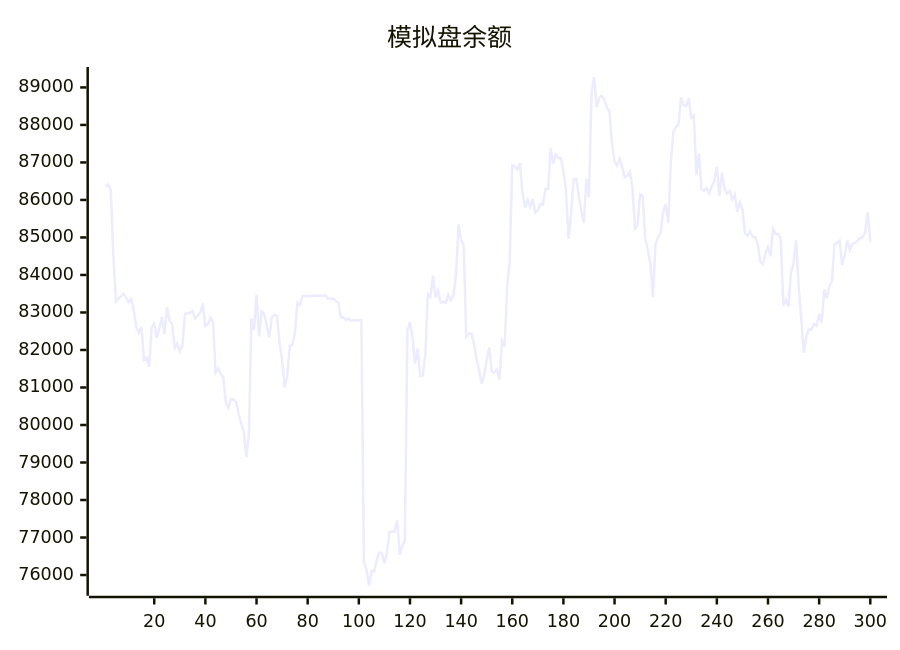
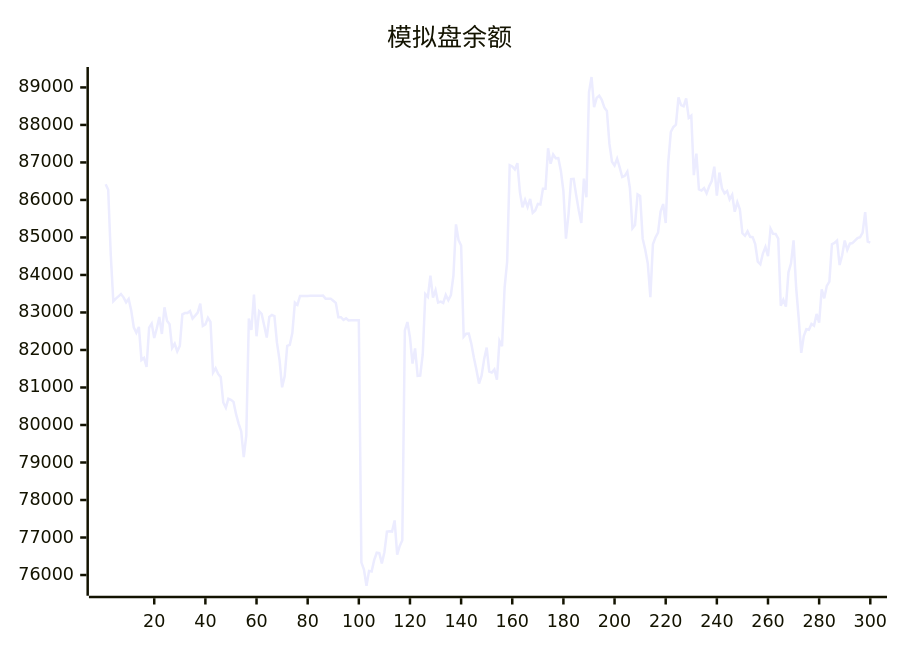
The diagram in README.md (aahl/ai-trading), drawn with Mermaid before and after one commit. The commit also changed other lines of this file and 1 other file, not shown here.

````diff
--- a/README.md
+++ b/README.md
@@ -5,5 +5,5 @@
 ```mermaid
 xychart
     title "模拟盘余额"
-    line [86348,86417,86273,84538,83299,83369,83430,83490,83404,83270,83362,83056,82605,82459,82614,81734,81788,81551,82598,82702,82320,82580,82878,82426,83139,82778,82686,82056,82166,81963,82110,82951,82983,82984,83038,82838,82915,82998,83235,82642,82682,82858,82746,81396,81512,81362,81277,80600,80461,80699,80673,80616,80288,80038,79836,79142,79722,82837,82533,83480,82366,83032,82960,82654,82330,82883,82934,82901,82188,81728,81005,81298,82110,82135,82449,83264,83203,83440,83439,83440,83440,83446,83447,83448,83447,83448,83449,83369,83369,83369,83313,83256,82872,82873,82801,82844,82785,82791,82791,82793,82794,76339,76145,75714,76110,76096,76397,76594,76585,76310,76607,77160,77170,77160,77456,76541,76774,76927,82520,82744,82337,81639,82040,81307,81314,81887,83490,83414,83984,83396,83594,83261,83287,83253,83470,83327,83465,83987,85348,84930,84786,82355,82433,82438,82167,81795,81466,81105,81315,81756,82064,81426,81398,81481,81210,82242,82099,83658,84359,86925,86892,86814,86980,86203,85802,86003,85811,86028,85657,85721,85896,85880,86300,86299,87378,86965,87214,87115,87118,86780,86238,84966,85623,86555,86562,86129,85722,85387,86569,86070,88870,89278,88477,88720,88781,88668,88467,88372,87493,87018,86917,87102,86870,86613,86644,86758,86317,85242,85334,86149,86106,84968,84671,84302,83410,84816,85001,85127,85693,85891,85384,87001,87811,87945,88007,88734,88528,88495,88705,88189,88248,86662,87234,86279,86251,86314,86177,86364,86503,86886,86114,86731,86310,86176,86240,86017,86136,85685,85938,85749,85111,85044,85164,85016,85008,84824,84354,84287,84572,84745,84500,85234,85096,85095,84970,83180,83338,83157,84070,84309,84922,83667,82850,81924,82369,82552,82539,82695,82648,82962,82728,83619,83378,83710,83825,84819,84854,84917,84265,84527,84919,84668,84834,84850,84916,84981,85004,85131,85674,84891]
+    line [86417,86273,84538,83299,83369,83430,83490,83404,83270,83362,83056,82605,82459,82614,81734,81788,81551,82598,82702,82320,82580,82878,82426,83139,82778,82686,82056,82166,81963,82110,82951,82983,82984,83038,82838,82915,82998,83235,82642,82682,82858,82746,81396,81512,81362,81277,80600,80461,80699,80673,80616,80288,80038,79836,79142,79722,82837,82533,83480,82366,83032,82960,82654,82330,82883,82934,82901,82188,81728,81005,81298,82110,82135,82449,83264,83203,83440,83439,83440,83440,83446,83447,83448,83447,83448,83449,83369,83369,83369,83313,83256,82872,82873,82801,82844,82785,82791,82791,82793,82794,76339,76145,75714,76110,76096,76397,76594,76585,76310,76607,77160,77170,77160,77456,76541,76774,76927,82520,82744,82337,81639,82040,81307,81314,81887,83490,83414,83984,83396,83594,83261,83287,83253,83470,83327,83465,83987,85348,84930,84786,82355,82433,82438,82167,81795,81466,81105,81315,81756,82064,81426,81398,81481,81210,82242,82099,83658,84359,86925,86892,86814,86980,86203,85802,86003,85811,86028,85657,85721,85896,85880,86300,86299,87378,86965,87214,87115,87118,86780,86238,84966,85623,86555,86562,86129,85722,85387,86569,86070,88870,89278,88477,88720,88781,88668,88467,88372,87493,87018,86917,87102,86870,86613,86644,86758,86317,85242,85334,86149,86106,84968,84671,84302,83410,84816,85001,85127,85693,85891,85384,87001,87811,87945,88007,88734,88528,88495,88705,88189,88248,86662,87234,86279,86251,86314,86177,86364,86503,86886,86114,86731,86310,86176,86240,86017,86136,85685,85938,85749,85111,85044,85164,85016,85008,84824,84354,84287,84572,84745,84500,85234,85096,85095,84970,83180,83338,83157,84070,84309,84922,83667,82850,81924,82369,82552,82539,82695,82648,82962,82728,83619,83378,83710,83825,84819,84854,84917,84265,84527,84919,84668,84834,84850,84916,84981,85004,85131,85674,84891,84864]
 ```
````
